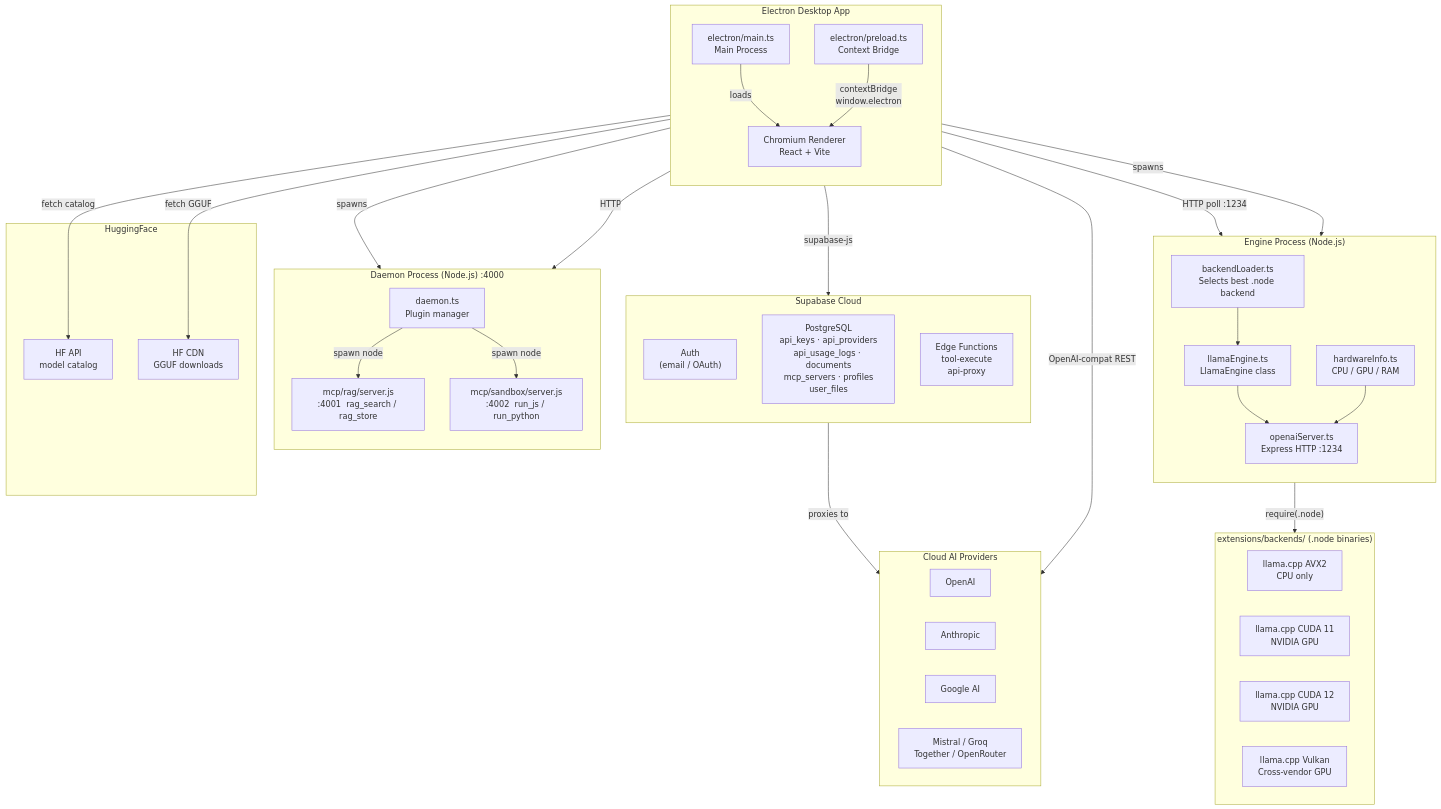
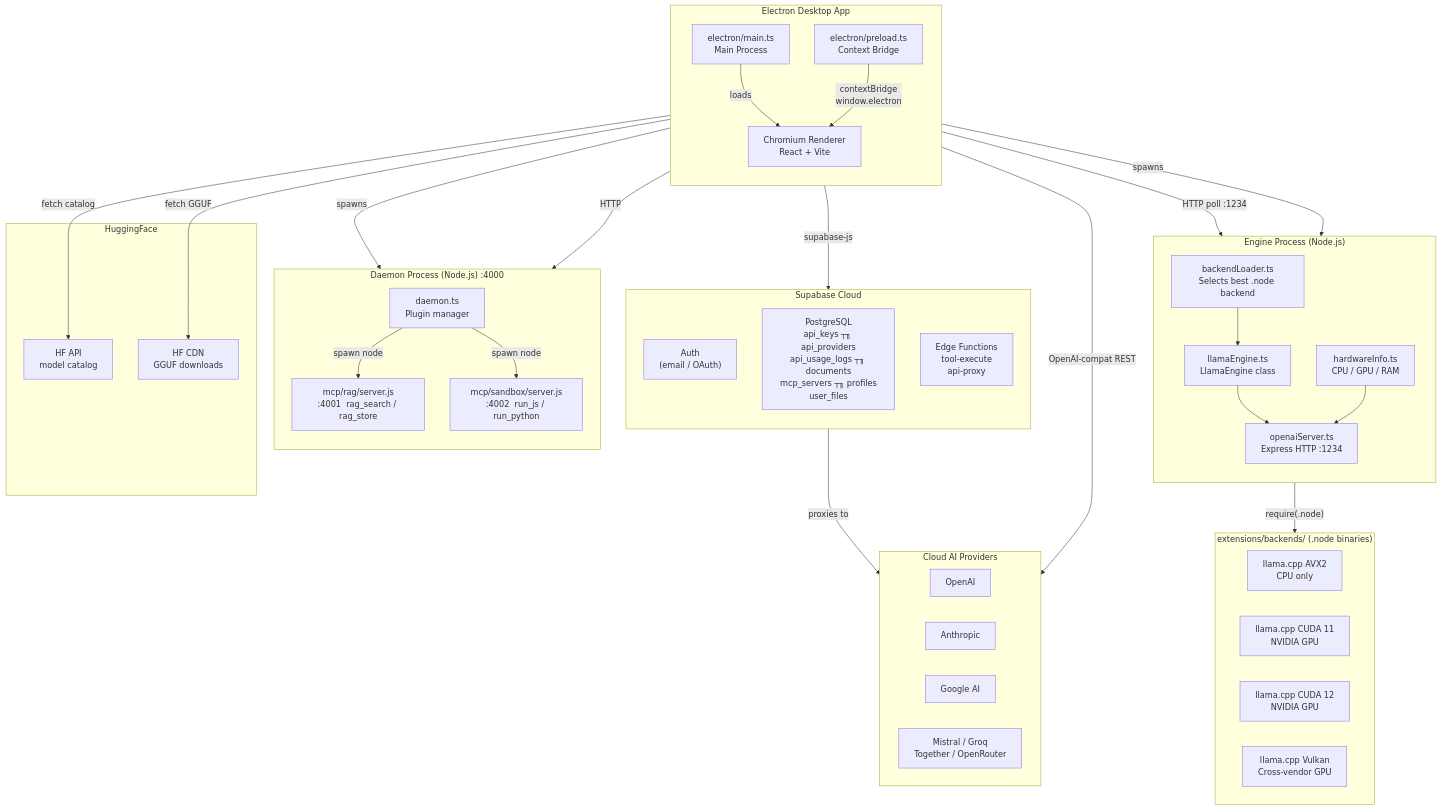
One commit to GURSHARN219/AI-Server-Studio changed the first of 14 diagrams in ARCHITECTURE.md. Above: the diagram before and after it, drawn with Mermaid. The commit also changed other lines of this file and 4 other files, not shown here.

````diff
--- a/ARCHITECTURE.md
+++ b/ARCHITECTURE.md
@@ -134,72 +136,72 @@
 ```mermaid
 graph TB
     subgraph ELECTRON["Electron Desktop App"]
         direction TB
         MAIN["electron/main.ts\nMain Process"]
         PRELOAD["electron/preload.ts\nContext Bridge"]
         RENDERER["Chromium Renderer\nReact + Vite"]
     end
 
     subgraph ENGINE_PROC["Engine Process  (Node.js)"]
         direction TB
         BACKEND_LOADER["backendLoader.ts\nSelects best .node backend"]
         LLAMA["llamaEngine.ts\nLlamaEngine class"]
         OAI_SERVER["openaiServer.ts\nExpress HTTP :1234"]
         HW["hardwareInfo.ts\nCPU / GPU / RAM"]
     end
 
     subgraph DAEMON_PROC["Daemon Process  (Node.js)  :4000"]
         direction TB
         DAEMON["daemon.ts\nPlugin manager"]
         RAG_SRV["mcp/rag/server.js\n:4001  rag_search / rag_store"]
         SANDBOX_SRV["mcp/sandbox/server.js\n:4002  run_js / run_python"]
     end
 
     subgraph BACKENDS["extensions/backends/  (.node binaries)"]
         B1["llama.cpp AVX2\nCPU only"]
         B2["llama.cpp CUDA 11\nNVIDIA GPU"]
         B3["llama.cpp CUDA 12\nNVIDIA GPU"]
         B4["llama.cpp Vulkan\nCross-vendor GPU"]
     end
 
     subgraph SUPABASE["Supabase Cloud"]
         direction TB
         AUTH["Auth\n(email / OAuth)"]
-        DB["PostgreSQL\napi_keys · api_providers\napi_usage_logs · documents\nmcp_servers · profiles\nuser_files"]
+        DB["PostgreSQL\napi_keys ┬╖ api_providers\napi_usage_logs ┬╖ documents\nmcp_servers ┬╖ profiles\nuser_files"]
         EDGE["Edge Functions\ntool-execute\napi-proxy"]
     end
 
     subgraph HF["HuggingFace"]
         HF_API["HF API\nmodel catalog"]
         HF_CDN["HF CDN\nGGUF downloads"]
     end
 
     subgraph CLOUD_PROVIDERS["Cloud AI Providers"]
         OAI["OpenAI"]
         ANT["Anthropic"]
         GGL["Google AI"]
         MST["Mistral / Groq\nTogether / OpenRouter"]
     end
 
     MAIN -->|"spawns"| ENGINE_PROC
     MAIN -->|"spawns"| DAEMON_PROC
     MAIN -->|"loads"| RENDERER
     PRELOAD -->|"contextBridge\nwindow.electron"| RENDERER
 
     BACKEND_LOADER -->|"require(.node)"| BACKENDS
     BACKEND_LOADER --> LLAMA
     LLAMA --> OAI_SERVER
     HW --> OAI_SERVER
 
     DAEMON -->|"spawn node"| RAG_SRV
     DAEMON -->|"spawn node"| SANDBOX_SRV
 
     RENDERER -->|"HTTP poll :1234"| OAI_SERVER
     RENDERER -->|"HTTP"| DAEMON_PROC
     RENDERER -->|"supabase-js"| SUPABASE
     RENDERER -->|"fetch GGUF"| HF_CDN
     RENDERER -->|"fetch catalog"| HF_API
     RENDERER -->|"OpenAI-compat REST"| CLOUD_PROVIDERS
 
     EDGE -->|"proxies to"| CLOUD_PROVIDERS
 ```
````
